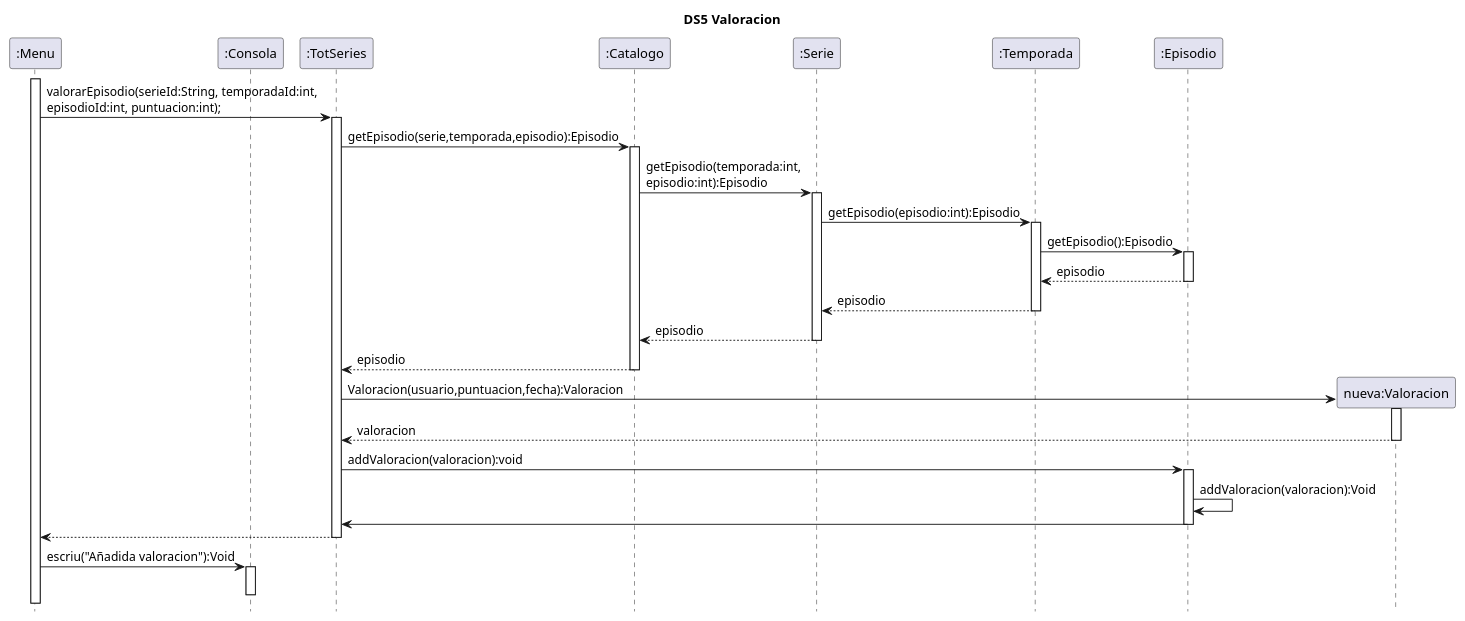
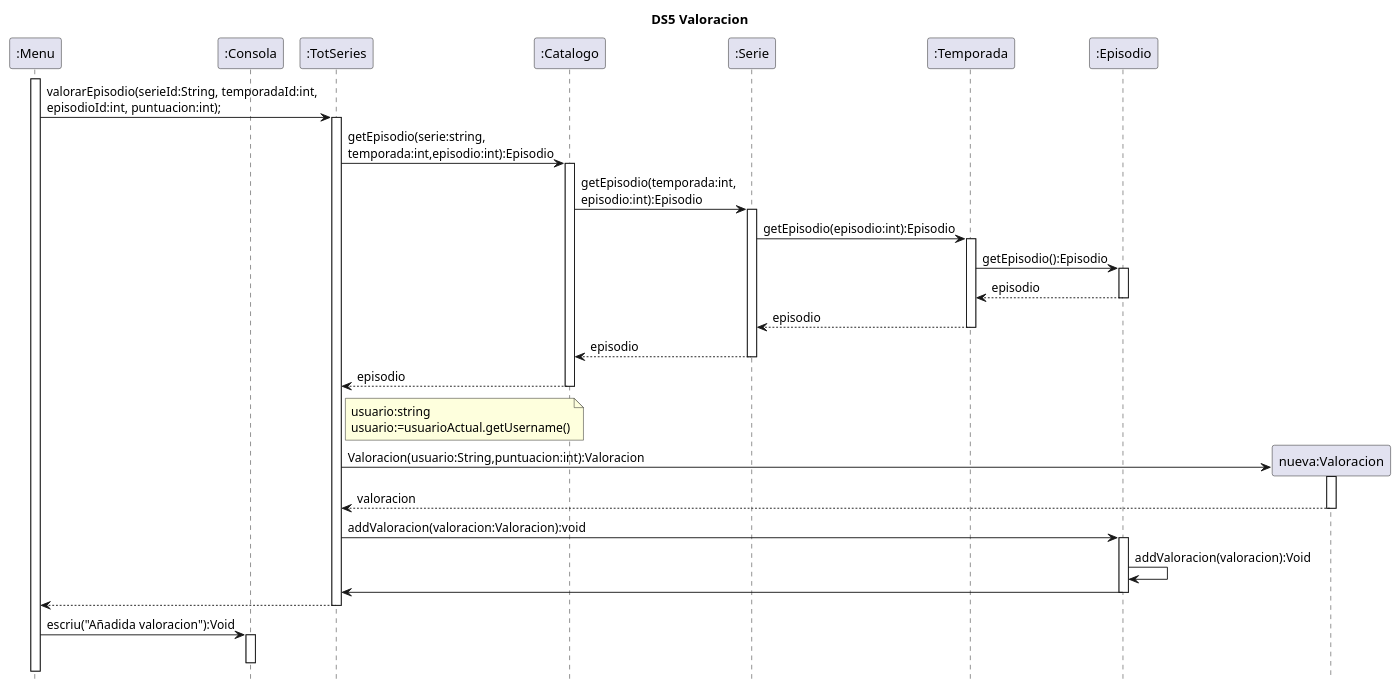
One commit to MrViciao/TotSeries changed the diagram in src/totseries/Uml/Secuencia/Diagrama de Secuencia UC5.puml. Above: the diagram before and after it, drawn with PlantUML. The commit also changed 3 other files, not shown here.

Commit message:
Update diagramas

```diff
--- a/src/totseries/Uml/Secuencia/Diagrama de Secuencia UC5.puml
+++ b/src/totseries/Uml/Secuencia/Diagrama de Secuencia UC5.puml
@@ -1,54 +1,58 @@
 @startuml
 title	DS5 Valoracion	
 hide	footbox
 
 participant ":Menu" as Menu
 participant ":Consola" as Consola
 participant ":TotSeries" as TotSeries
 
 participant ":Catalogo" as Catalogo
 participant ":Serie" as Serie
 participant ":Temporada" as Temporada
 participant ":Episodio" as Episodio
 participant "nueva:Valoracion" as Valoracion
 
 
 
 activate Menu
 Menu -> TotSeries :valorarEpisodio(serieId:String, temporadaId:int, \nepisodioId:int, puntuacion:int);
 activate TotSeries
 
-TotSeries -> Catalogo:getEpisodio(serie,temporada,episodio):Episodio
+TotSeries -> Catalogo:getEpisodio(serie:string,\ntemporada:int,episodio:int):Episodio
     activate Catalogo
     Catalogo -> Serie:getEpisodio(temporada:int,\nepisodio:int):Episodio
     activate Serie
     Serie -> Temporada:getEpisodio(episodio:int):Episodio
     activate Temporada
     Temporada->Episodio:getEpisodio():Episodio
     activate Episodio
     Episodio-->Temporada:episodio
     deactivate Episodio
     Temporada-->Serie:episodio
     deactivate Temporada
     Serie --> Catalogo:episodio
     deactivate Serie
     Catalogo --> TotSeries:episodio
     deactivate Catalogo
 
 create Valoracion
-TotSeries -> Valoracion:Valoracion(usuario,puntuacion,fecha):Valoracion
+note right TotSeries
+    usuario:string
+    usuario:=usuarioActual.getUsername()
+end note
+TotSeries -> Valoracion:Valoracion(usuario:String,puntuacion:int):Valoracion
 activate Valoracion
 Valoracion --> TotSeries: valoracion
 deactivate Valoracion
-TotSeries -> Episodio: addValoracion(valoracion):void
+TotSeries -> Episodio: addValoracion(valoracion:Valoracion):void
 activate Episodio
 Episodio -> Episodio:addValoracion(valoracion):Void
 Episodio->TotSeries
 deactivate Episodio
 TotSeries-->Menu
 deactivate TotSeries
 Menu->Consola : escriu("Añadida valoracion"):Void
 activate Consola
 deactivate Consola
 
 @enduml
```
